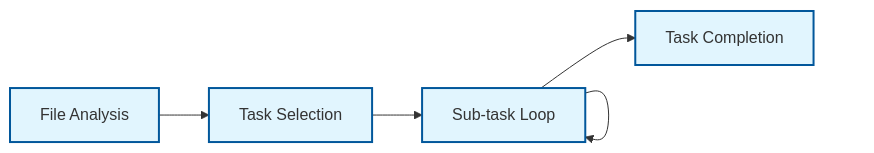
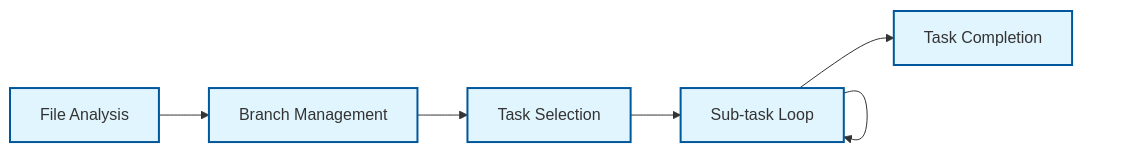
The first of 3 diagrams in rules/agent.action.md (KoltonG/Lunch-Money-MCP), drawn with Mermaid before and after one commit. The commit also changed other lines of this file, not shown here.

Commit message:
fix: update agent to seek validation before continuing to the next sub task

````diff
--- a/rules/agent.action.md
+++ b/rules/agent.action.md
@@ -28,10 +28,11 @@
 ```mermaid
 graph LR
-  A[File Analysis] --> B[Task Selection]
-  B --> C[Sub-task Loop]
-  C --> D[Task Completion]
-  C --> C
+  A[File Analysis] --> B[Branch Management]
+  B --> C[Task Selection]
+  C --> D[Sub-task Loop]
+  D --> E[Task Completion]
+  D --> D
 
   classDef step fill:#e1f5fe,stroke:#01579b,stroke-width:2px
-  class A,B,C,D step
+  class A,B,C,D,E step
 ```
````
